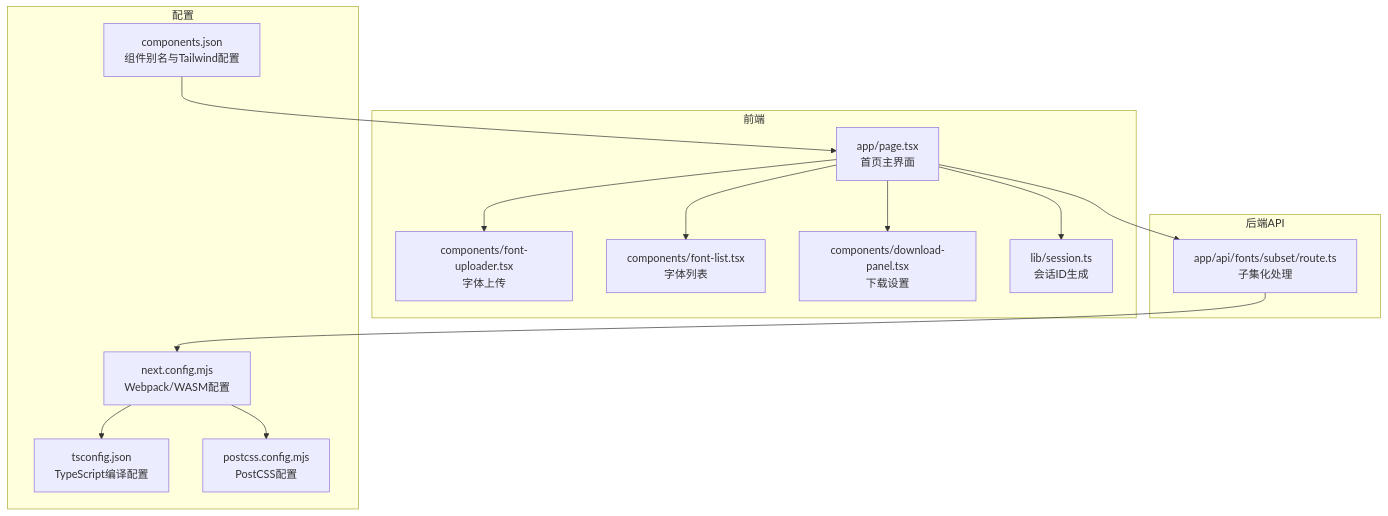
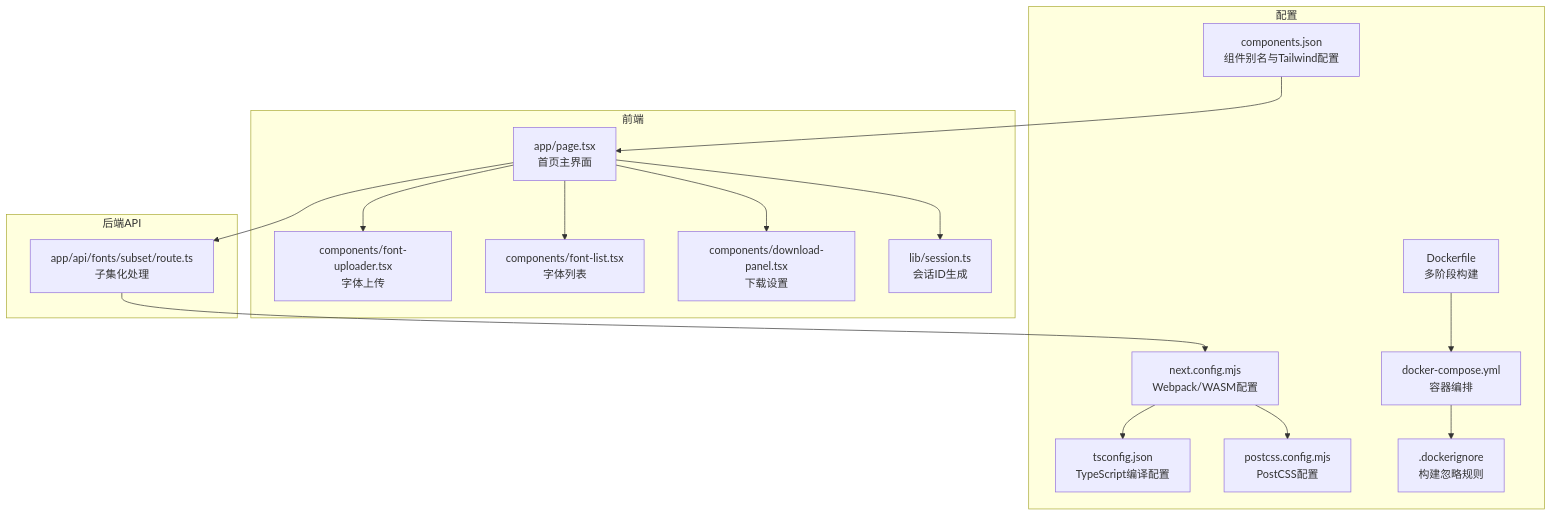
The first of 6 diagrams in .qoder/repowiki/zh/content/快速开始.md (tutusiji/FontMinify), drawn with Mermaid before and after one commit. The commit also changed other lines of this file and 12 other files, not shown here.

````diff
--- a/.qoder/repowiki/zh/content/快速开始.md
+++ b/.qoder/repowiki/zh/content/快速开始.md
@@ -46,28 +329,33 @@
 ```mermaid
 graph TB
 subgraph "前端"
 UI["app/page.tsx<br/>首页主界面"]
 Up["components/font-uploader.tsx<br/>字体上传"]
 List["components/font-list.tsx<br/>字体列表"]
 DL["components/download-panel.tsx<br/>下载设置"]
 Session["lib/session.ts<br/>会话ID生成"]
 end
 subgraph "后端API"
 API["app/api/fonts/subset/route.ts<br/>子集化处理"]
 end
 subgraph "配置"
 NextCfg["next.config.mjs<br/>Webpack/WASM配置"]
 TS["tsconfig.json<br/>TypeScript编译配置"]
 PostCSS["postcss.config.mjs<br/>PostCSS配置"]
 ShadCN["components.json<br/>组件别名与Tailwind配置"]
+Docker["Dockerfile<br/>多阶段构建"]
+Compose["docker-compose.yml<br/>容器编排"]
+Ignore[".dockerignore<br/>构建忽略规则"]
 end
 UI --> Up
 UI --> List
 UI --> DL
 UI --> Session
 UI --> API
 API --> NextCfg
 NextCfg --> TS
 NextCfg --> PostCSS
 ShadCN --> UI
+Docker --> Compose
+Compose --> Ignore
 ```
````
